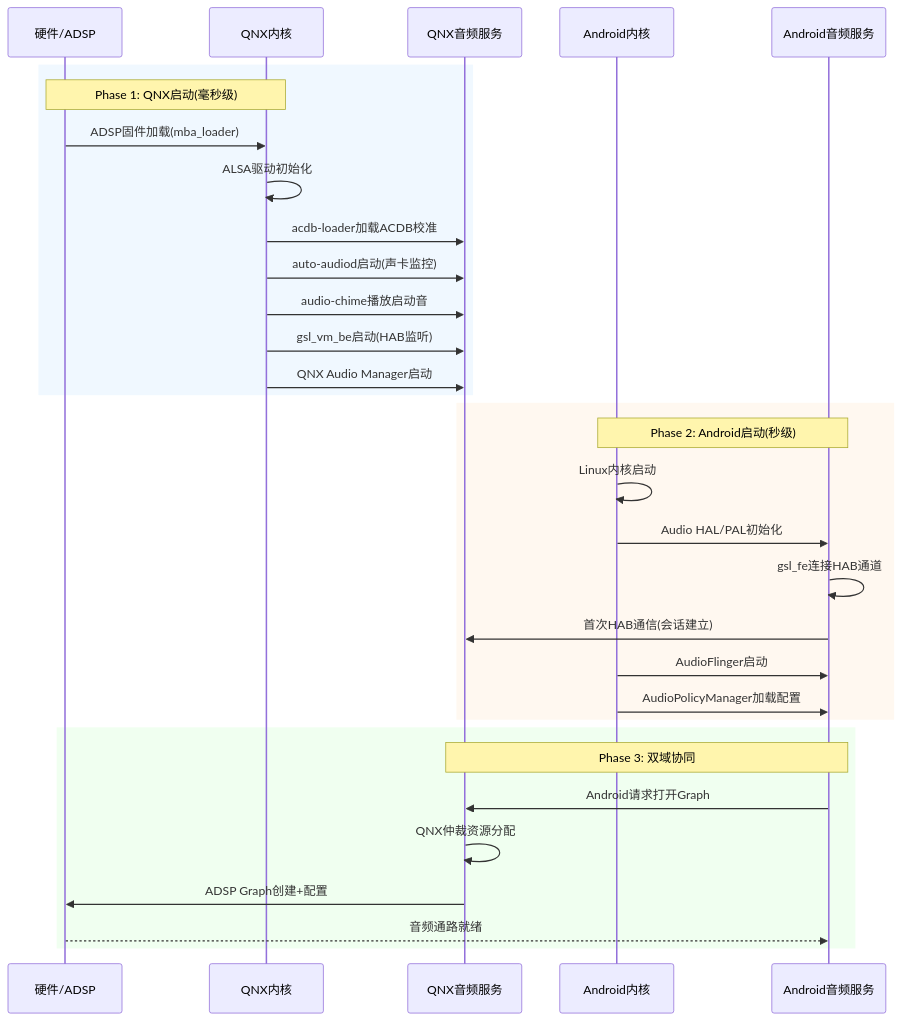
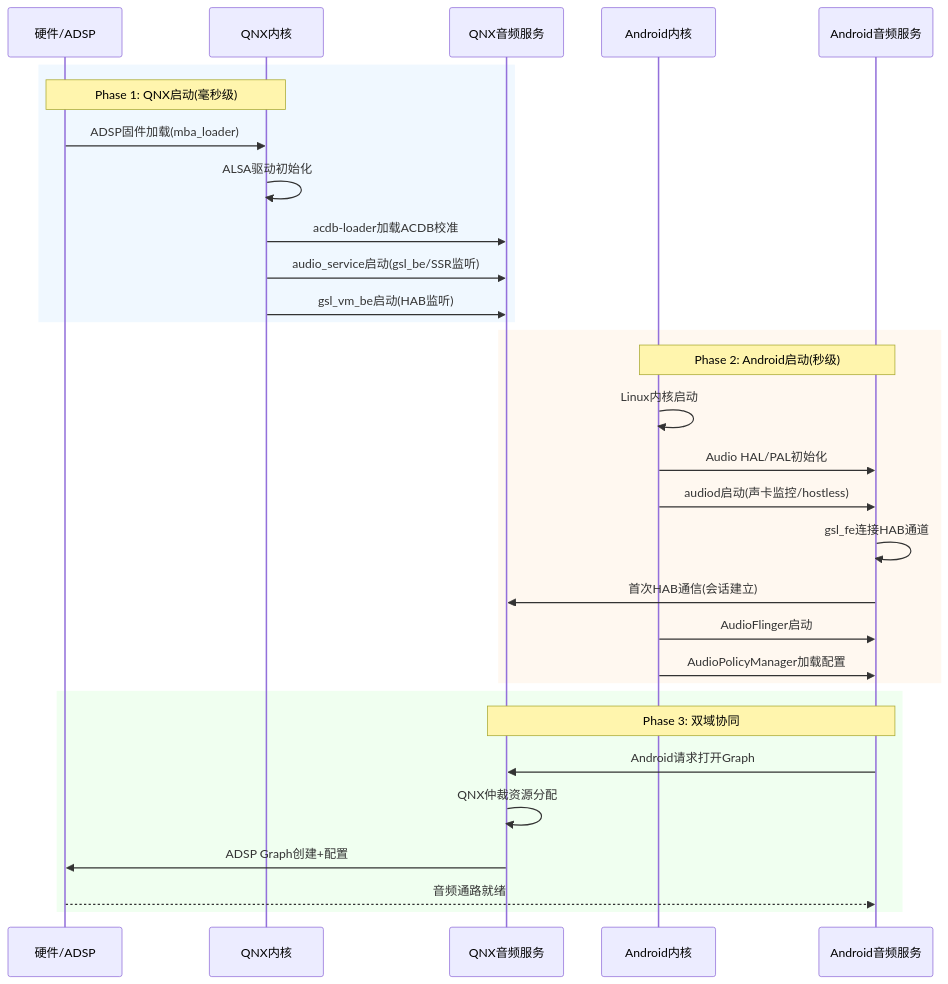
Before and after one commit to yanglinzhen1022/SA8295_AAOS_QNX_Audio_KnowledgeBase: the fifth of 5 diagrams in 16_Vendor_QNX_Architecture/16_16.1_概述.md, drawn with Mermaid. The commit also changed other lines of this file and 4 other files, not shown here.

First line of the commit message:
docs: rewrite audiod AutoPower and Silent Boot from mm-audio-auto sources

````diff
--- a/16_Vendor_QNX_Architecture/16_16.1_概述.md
+++ b/16_Vendor_QNX_Architecture/16_16.1_概述.md
@@ -433,37 +433,36 @@
 ```mermaid
 sequenceDiagram
     participant HW as 硬件/ADSP
     participant QNX as QNX内核
     participant QNX_SVC as QNX音频服务
     participant ANDROID as Android内核
     participant ANDROID_SVC as Android音频服务
 
     rect rgb(240,248,255)
         Note over HW,QNX: Phase 1: QNX启动(毫秒级)
         HW->>QNX: ADSP固件加载(mba_loader)
         QNX->>QNX: ALSA驱动初始化
         QNX->>QNX_SVC: acdb-loader加载ACDB校准
-        QNX->>QNX_SVC: auto-audiod启动(声卡监控)
-        QNX->>QNX_SVC: audio-chime播放启动音
+        QNX->>QNX_SVC: audio_service启动(gsl_be/SSR监听)
         QNX->>QNX_SVC: gsl_vm_be启动(HAB监听)
-        QNX->>QNX_SVC: QNX Audio Manager启动
     end
 
     rect rgb(255,248,240)
         Note over ANDROID,ANDROID_SVC: Phase 2: Android启动(秒级)
         ANDROID->>ANDROID: Linux内核启动
         ANDROID->>ANDROID_SVC: Audio HAL/PAL初始化
+        ANDROID->>ANDROID_SVC: audiod启动(声卡监控/hostless)
         ANDROID_SVC->>ANDROID_SVC: gsl_fe连接HAB通道
         ANDROID_SVC->>QNX_SVC: 首次HAB通信(会话建立)
         ANDROID->>ANDROID_SVC: AudioFlinger启动
         ANDROID->>ANDROID_SVC: AudioPolicyManager加载配置
     end
 
     rect rgb(240,255,240)
         Note over QNX_SVC,ANDROID_SVC: Phase 3: 双域协同
         ANDROID_SVC->>QNX_SVC: Android请求打开Graph
         QNX_SVC->>QNX_SVC: QNX仲裁资源分配
         QNX_SVC->>HW: ADSP Graph创建+配置
         HW-->>ANDROID_SVC: 音频通路就绪
     end
 ```
````
